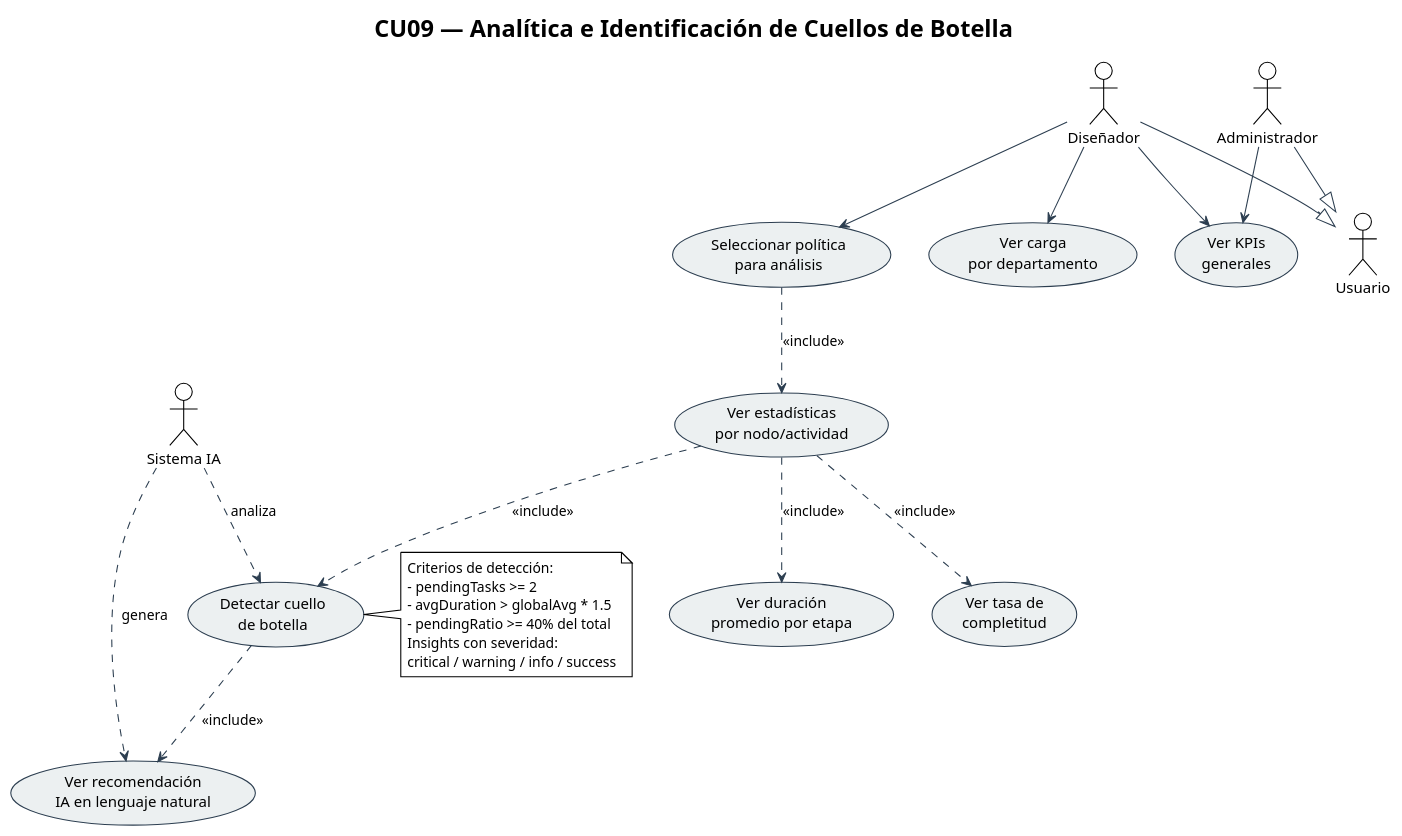
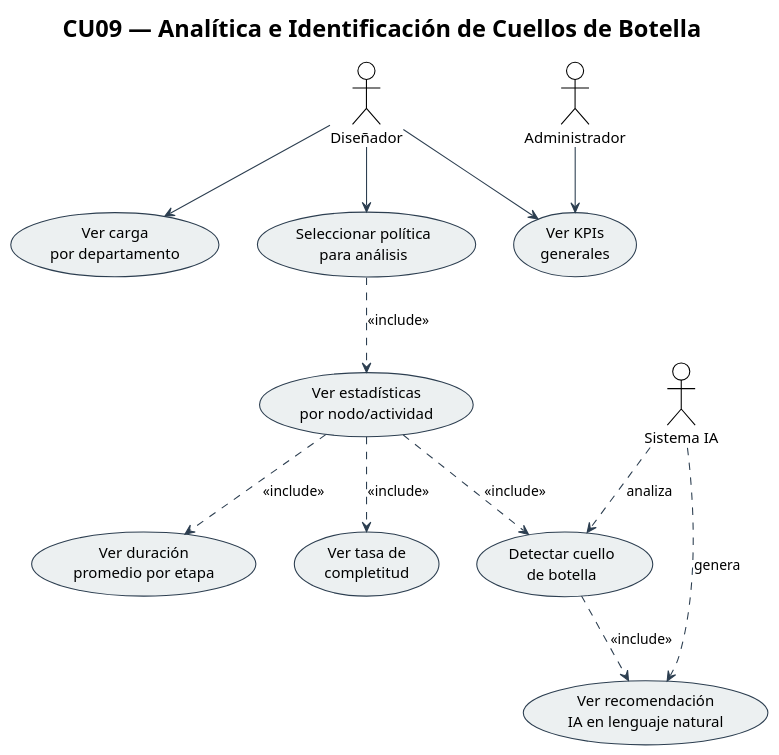
Before and after one commit to luisfernandoAngulo28/Examen1SW1: the diagram in docs/uml/cu09_analitica_cuellos.puml, drawn with PlantUML. The commit also changed 61 other files, not shown here.

Commit message:
docs+feat: commit all documentation, UML diagrams, ai-service routes, mobile app updates

```diff
--- a/docs/uml/cu09_analitica_cuellos.puml
+++ b/docs/uml/cu09_analitica_cuellos.puml
@@ -1,53 +1,44 @@
 @startuml CU09_Analitica_Cuellos
 !theme plain
 skinparam actorStyle default
 skinparam usecaseBorderColor #2C3E50
 skinparam usecaseBackgroundColor #ECF0F1
 skinparam arrowColor #2C3E50
 
 title CU09 — Analítica e Identificación de Cuellos de Botella
 
 ' ── Actores ──
 actor "Diseñador"    as DESIGNER
 actor "Administrador" as ADMIN
-actor "Usuario"      as USER
+
 actor "Sistema IA"   as AI
 
-DESIGNER --|> USER
-ADMIN    --|> USER
+
 
 ' ── Casos de uso ──
 usecase "Ver KPIs\ngenerales"                            as UC_KPI
 usecase "Ver carga\npor departamento"                    as UC_DEPT_LOAD
 usecase "Seleccionar política\npara análisis"            as UC_SELECT
 usecase "Ver estadísticas\npor nodo/actividad"           as UC_NODE_STAT
 usecase "Detectar cuello\nde botella"                    as UC_BOTTLENECK
 usecase "Ver recomendación\nIA en lenguaje natural"      as UC_RECOMMEND
 usecase "Ver tasa de\ncompletitud"                       as UC_RATE
 usecase "Ver duración\npromedio por etapa"               as UC_DURATION
 
 ' ── Relaciones ──
 DESIGNER --> UC_KPI
 DESIGNER --> UC_DEPT_LOAD
 DESIGNER --> UC_SELECT
 ADMIN    --> UC_KPI
 
 UC_SELECT     ..> UC_NODE_STAT  : <<include>>
 UC_NODE_STAT  ..> UC_BOTTLENECK : <<include>>
 UC_BOTTLENECK ..> UC_RECOMMEND  : <<include>>
 UC_NODE_STAT  ..> UC_RATE       : <<include>>
 UC_NODE_STAT  ..> UC_DURATION   : <<include>>
 
 AI ..> UC_BOTTLENECK : analiza
 AI ..> UC_RECOMMEND  : genera
 
-note right of UC_BOTTLENECK
-  Criterios de detección:
-  - pendingTasks >= 2
-  - avgDuration > globalAvg * 1.5
-  - pendingRatio >= 40% del total
-  Insights con severidad:
-  critical / warning / info / success
-end note
 
 @enduml
```
